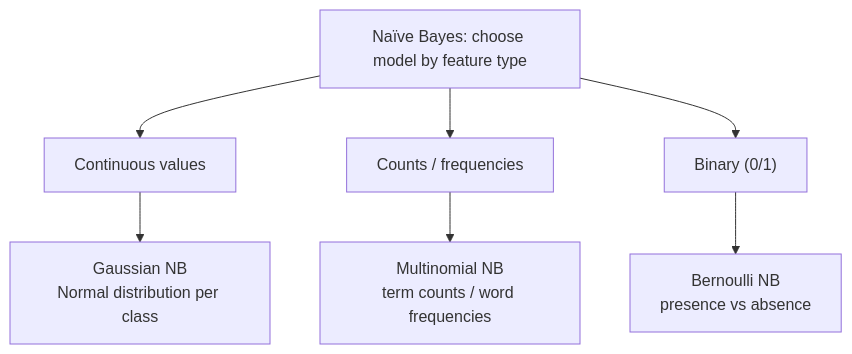
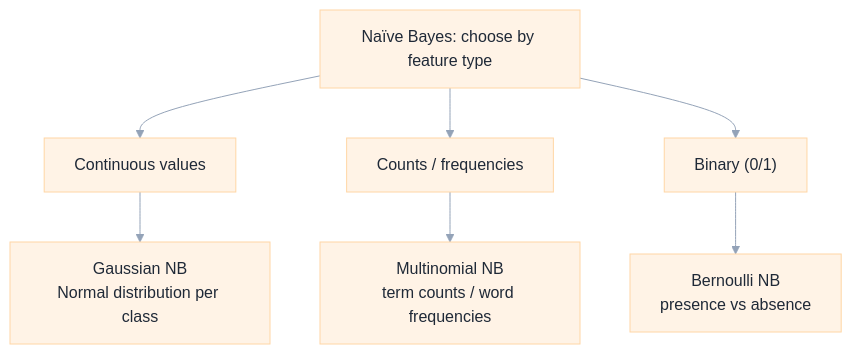
Before and after one commit to arshadhs/arshadhs.github.io: the second of 2 diagrams in content/docs/ai/statistics/conditional-probability/023_naive_Bayes.md, drawn with Mermaid. The commit also changed other lines of this file and 5 other files, not shown here.

```diff
--- a/content/docs/ai/statistics/conditional-probability/023_naive_Bayes.md
+++ b/content/docs/ai/statistics/conditional-probability/023_naive_Bayes.md
@@ -219,10 +296,18 @@
 {{< mermaid >}}
+%%{init: {'theme':'base','themeVariables': {
+  'fontFamily':'Inter, ui-sans-serif, system-ui',
+  'primaryColor':'#FFF3E6',
+  'primaryTextColor':'#1F2937',
+  'primaryBorderColor':'#FFD6A5',
+  'lineColor':'#94A3B8',
+  'tertiaryColor':'#F8FAFC'
+}}}%%
 flowchart TD
-  A["Naïve Bayes: choose model by feature type"] --> B["Continuous values"]
+  A["Naïve Bayes: choose by feature type"] --> B["Continuous values"]
   A --> C["Counts / frequencies"]
   A --> D["Binary (0/1)"]
 
   B --> B1["Gaussian NB<br/>Normal distribution per class"]
   C --> C1["Multinomial NB<br/>term counts / word frequencies"]
   D --> D1["Bernoulli NB<br/>presence vs absence"]
 {{< /mermaid >}}
```
